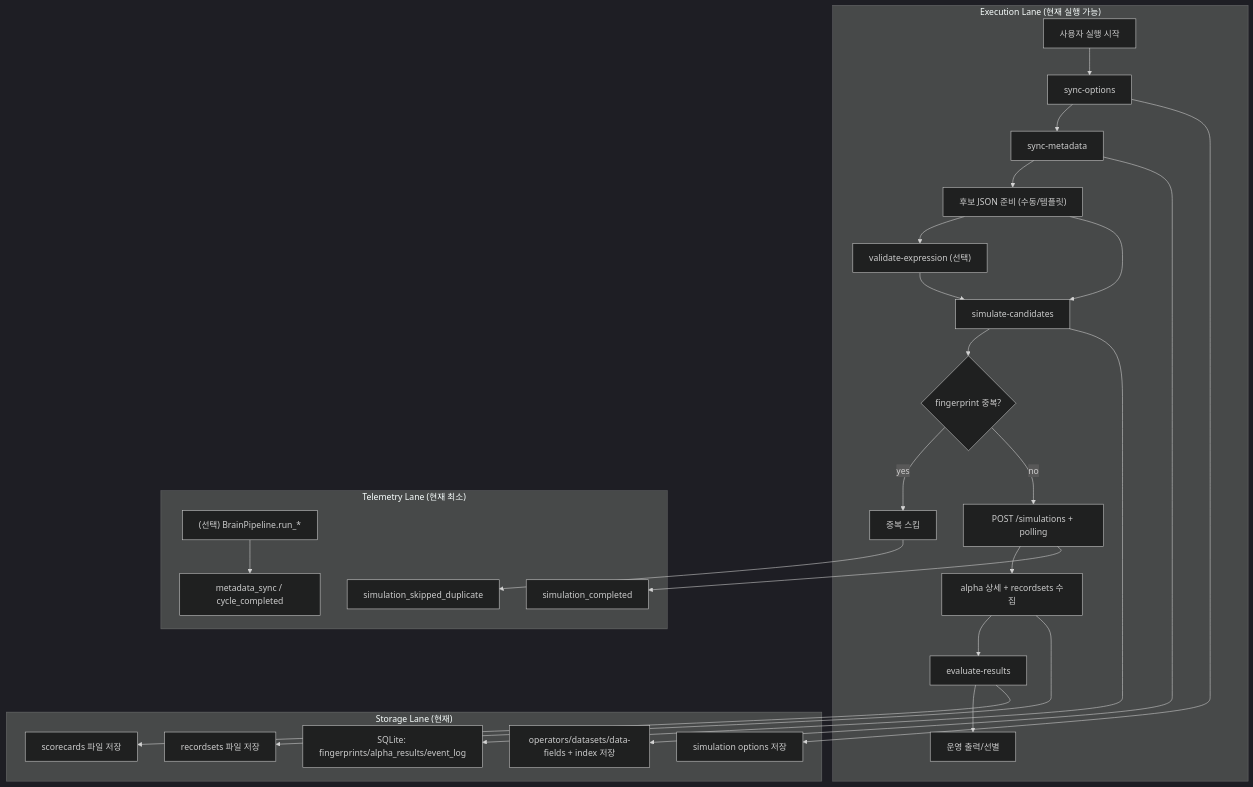
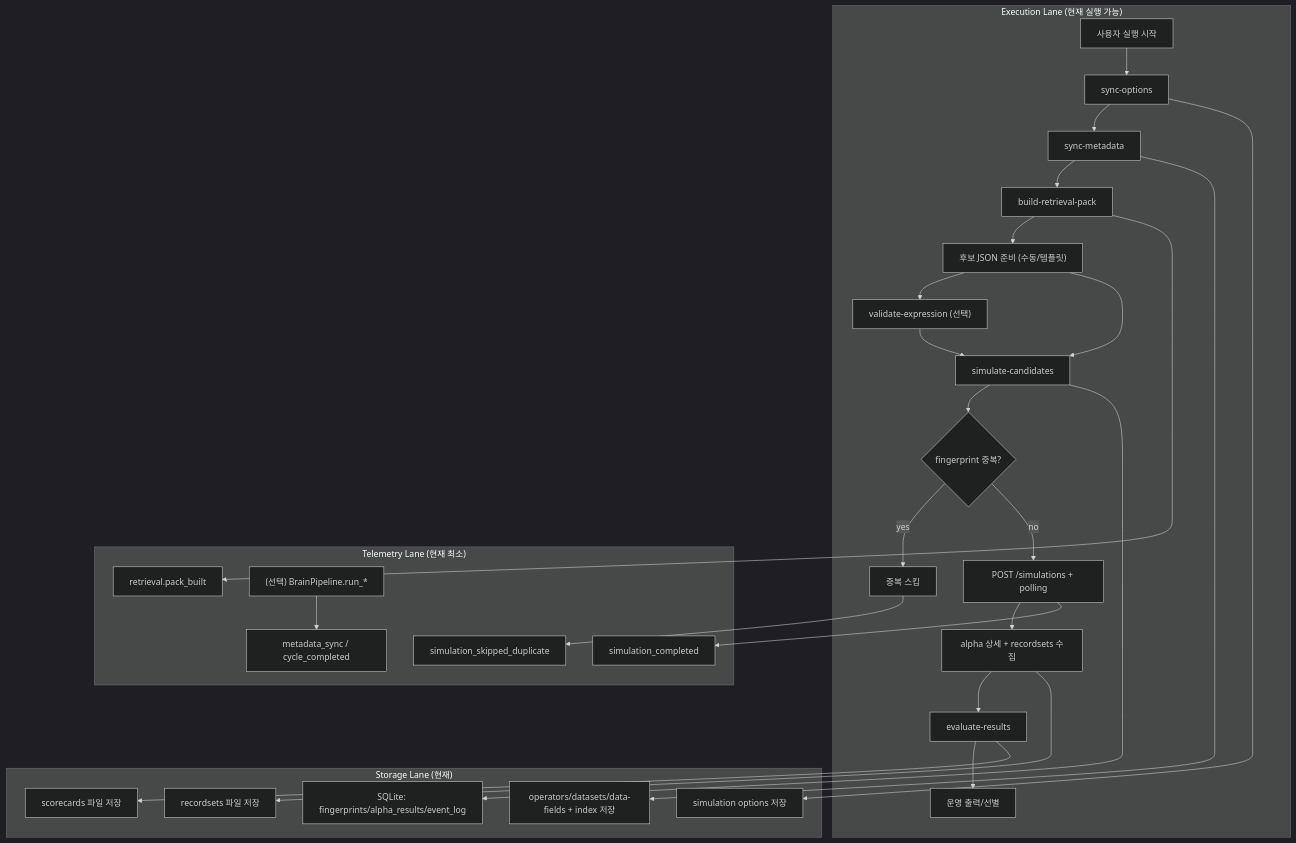
One commit to ksw6895/Brain_alpha_generator changed the first of 2 diagrams in architecture/current-workflow-map.md. Above: the diagram before and after it, drawn with Mermaid (dark theme). The commit also changed other lines of this file and 9 other files, not shown here.

Commit message:
feat: complete step-17 retrieval pack gating

````diff
--- a/architecture/current-workflow-map.md
+++ b/architecture/current-workflow-map.md
@@ -26,31 +26,33 @@
 ```mermaid
 flowchart TD
   subgraph EXEC["Execution Lane (현재 실행 가능)"]
     U["사용자 실행 시작"] --> OPT["sync-options"]
     OPT --> META["sync-metadata"]
-    META --> CAND["후보 JSON 준비 (수동/템플릿)"]
+    META --> RPACK["build-retrieval-pack"]
+    RPACK --> CAND["후보 JSON 준비 (수동/템플릿)"]
     CAND --> VAL["validate-expression (선택)"]
     CAND --> SIM["simulate-candidates"]
     VAL --> SIM
     SIM --> DEDUP{"fingerprint 중복?"}
     DEDUP -->|yes| SKIP["중복 스킵"]
     DEDUP -->|no| RUNSIM["POST /simulations + polling"]
     RUNSIM --> FETCH["alpha 상세 + recordsets 수집"]
     FETCH --> EVAL["evaluate-results"]
     EVAL --> OUT["운영 출력/선별"]
   end
 
   subgraph STORE["Storage Lane (현재)"]
     OPT --> M1["simulation options 저장"]
     META --> M2["operators/datasets/data-fields + index 저장"]
     SIM --> DB1["SQLite: fingerprints/alpha_results/event_log"]
     FETCH --> F1["recordsets 파일 저장"]
     EVAL --> F2["scorecards 파일 저장"]
   end
 
   subgraph OBSNOW["Telemetry Lane (현재 최소)"]
+    RPACK --> E0["retrieval.pack_built"]
     SKIP --> E1["simulation_skipped_duplicate"]
     RUNSIM --> E2["simulation_completed"]
     PIPE["(선택) BrainPipeline.run_*"] --> E3["metadata_sync / cycle_completed"]
   end
 ```
````
